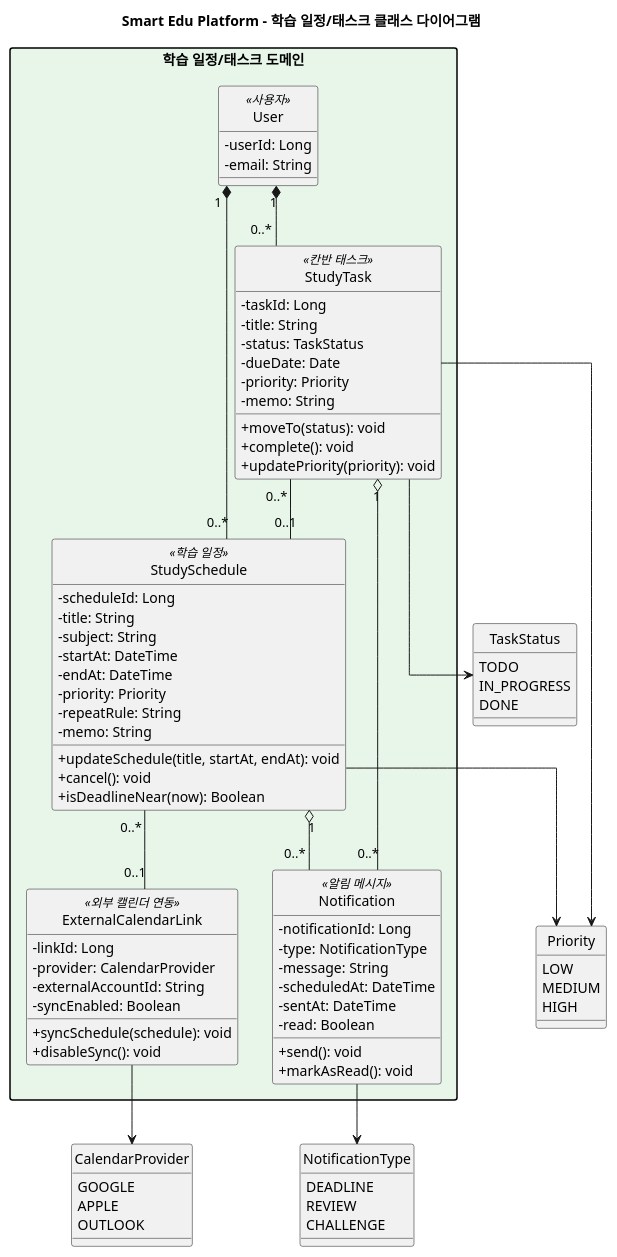
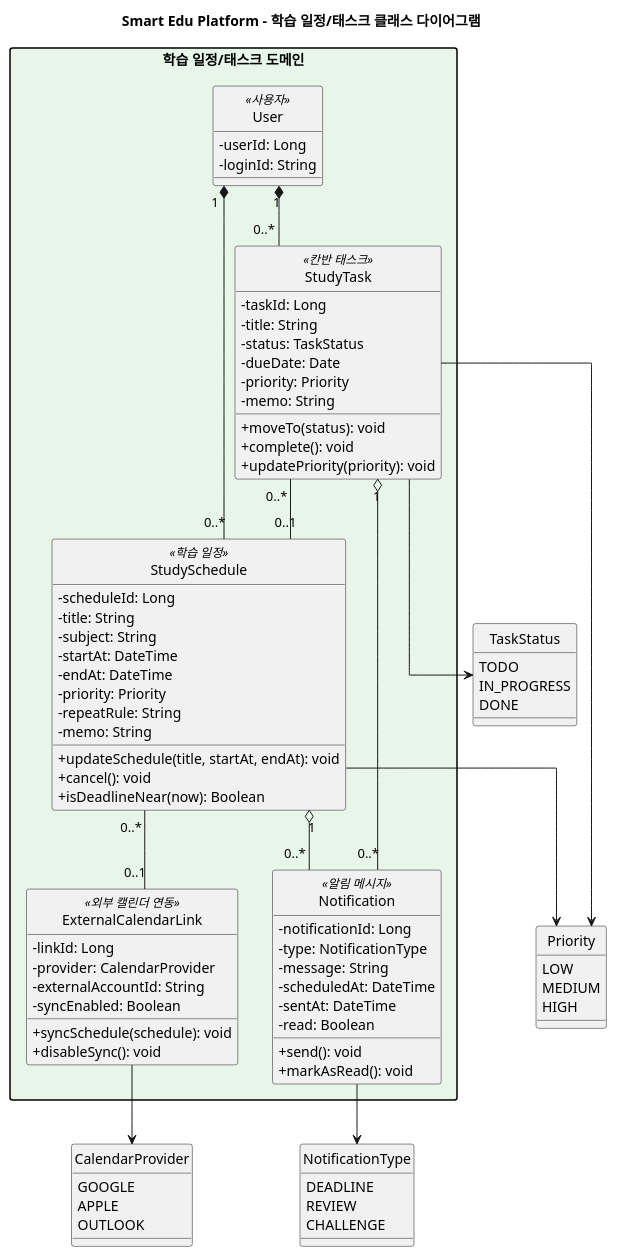
One commit to jeongiryang/SoftwareEngineering_team15_project_-Smart-Edu-Platform changed the diagram in docs/design/plantuml/class-diagram-schedule-task.puml. Above: the diagram before and after it, drawn with PlantUML. The commit also changed 55 other files, not shown here.

```diff
--- a/docs/design/plantuml/class-diagram-schedule-task.puml
+++ b/docs/design/plantuml/class-diagram-schedule-task.puml
@@ -1,98 +1,98 @@
 @startuml class-diagram-schedule-task
 title Smart Edu Platform - 학습 일정/태스크 클래스 다이어그램
 
 skinparam classAttributeIconSize 0
 skinparam shadowing false
 skinparam linetype ortho
 skinparam packageStyle rectangle
 hide circle
 
 package "학습 일정/태스크 도메인" #E8F5E9 {
   class User <<사용자>> {
     - userId: Long
-    - email: String
+    - loginId: String
   }
 
   class StudySchedule <<학습 일정>> {
     - scheduleId: Long
     - title: String
     - subject: String
     - startAt: DateTime
     - endAt: DateTime
     - priority: Priority
     - repeatRule: String
     - memo: String
     + updateSchedule(title, startAt, endAt): void
     + cancel(): void
     + isDeadlineNear(now): Boolean
   }
 
   class StudyTask <<칸반 태스크>> {
     - taskId: Long
     - title: String
     - status: TaskStatus
     - dueDate: Date
     - priority: Priority
     - memo: String
     + moveTo(status): void
     + complete(): void
     + updatePriority(priority): void
   }
 
   class Notification <<알림 메시지>> {
     - notificationId: Long
     - type: NotificationType
     - message: String
     - scheduledAt: DateTime
     - sentAt: DateTime
     - read: Boolean
     + send(): void
     + markAsRead(): void
   }
 
   class ExternalCalendarLink <<외부 캘린더 연동>> {
     - linkId: Long
     - provider: CalendarProvider
     - externalAccountId: String
     - syncEnabled: Boolean
     + syncSchedule(schedule): void
     + disableSync(): void
   }
 }
 
 enum TaskStatus {
   TODO
   IN_PROGRESS
   DONE
 }
 
 enum Priority {
   LOW
   MEDIUM
   HIGH
 }
 
 enum NotificationType {
   DEADLINE
   REVIEW
   CHALLENGE
 }
 
 enum CalendarProvider {
   GOOGLE
   APPLE
   OUTLOOK
 }
 
 User "1" *-- "0..*" StudySchedule
 User "1" *-- "0..*" StudyTask
 StudyTask "0..*" -- "0..1" StudySchedule
 StudySchedule "1" o-- "0..*" Notification
 StudyTask "1" o-- "0..*" Notification
 StudySchedule "0..*" -- "0..1" ExternalCalendarLink
 StudyTask --> TaskStatus
 StudySchedule --> Priority
 StudyTask --> Priority
 Notification --> NotificationType
 ExternalCalendarLink --> CalendarProvider
 @enduml
```
